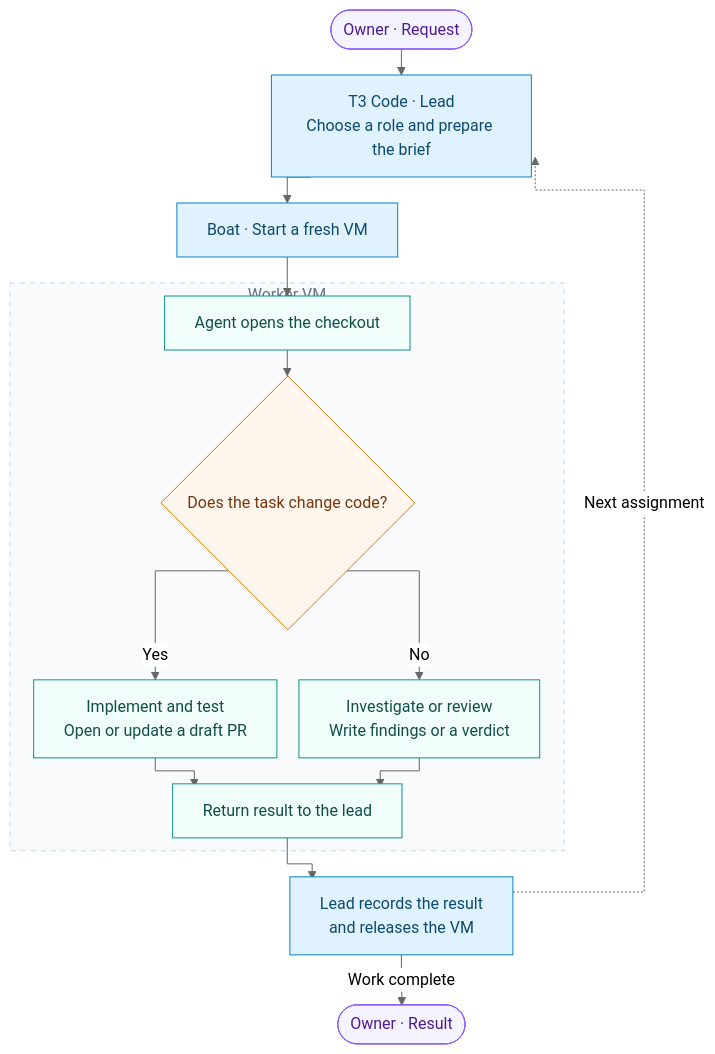
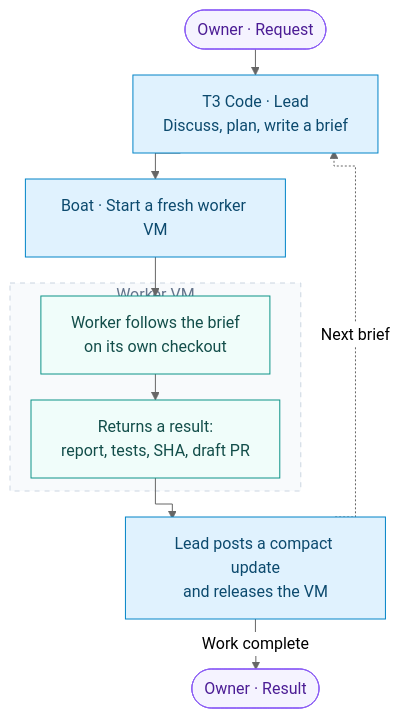
The first of 2 diagrams in README.md (pogorelov17/t3-boat), drawn with Mermaid (neutral theme) before and after one commit. The commit also changed other lines of this file and 9 other files, not shown here.

First line of the commit message:
Delegate to generic Boat workers unless the role playbook is chosen

````diff
--- a/README.md
+++ b/README.md
@@ -14,34 +14,26 @@
 ```mermaid
 %%{init: {"flowchart": {"curve": "stepAfter", "rankSpacing": 26, "nodeSpacing": 22}}}%%
 flowchart TB
     A(["Owner · Request"]):::endpoint
-    B["T3 Code · Lead<br/>Choose a role and prepare the brief"]:::lead
-    C["Boat · Start a fresh VM"]:::lead
+    B["T3 Code · Lead<br/>Discuss, plan, write a brief"]:::lead
+    C["Boat · Start a fresh worker VM"]:::lead
 
     subgraph VM["Worker VM"]
-        D["Agent opens the checkout"]:::work
-        Q{"Does the task change code?"}:::decision
-        DEV["Implement and test<br/>Open or update a draft PR"]:::work
-        REV["Investigate or review<br/>Write findings or a verdict"]:::work
-        R["Return result to the lead"]:::work
-        D --> Q
-        Q -->|Yes| DEV
-        Q -->|No| REV
-        DEV --> R
-        REV --> R
+        D["Worker follows the brief<br/>on its own checkout"]:::work
+        R["Returns a result:<br/>report, tests, SHA, draft PR"]:::work
+        D --> R
     end
 
-    F["Lead records the result<br/>and releases the VM"]:::lead
+    F["Lead posts a compact update<br/>and releases the VM"]:::lead
     G(["Owner · Result"]):::endpoint
 
     A --> B --> C --> D
     R --> F
     F -->|Work complete| G
-    F -.->|Next assignment| B
+    F -.->|Next brief| B
 
     classDef lead fill:#e0f2fe,stroke:#0284c7,color:#0c4a6e
     classDef work fill:#f0fdfa,stroke:#0d9488,color:#134e4a
-    classDef decision fill:#fff7ed,stroke:#d97706,color:#78350f
     classDef endpoint fill:#f5f3ff,stroke:#8b5cf6,color:#4c1d95
     style VM fill:#f8fafc,stroke:#cbd5e1,stroke-dasharray:5 5,color:#64748b
 ```
````
